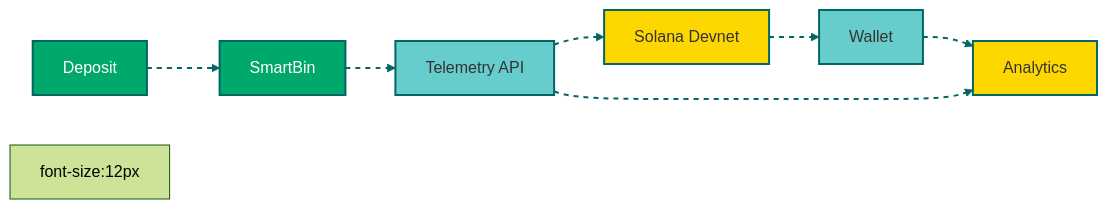
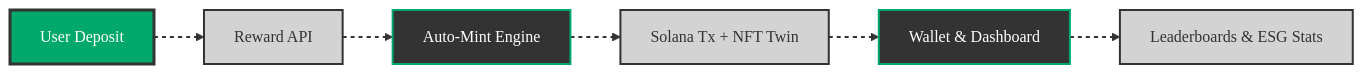
One commit to PolymersNetwork/polymers-protocol changed the fourth of 5 diagrams in apps/README.md. Above: the diagram before and after it, drawn with Mermaid (forest theme). The commit also changed other lines of this file, not shown here.

````diff
--- a/apps/README.md
+++ b/apps/README.md
@@ -201,18 +242,26 @@
 ```mermaid
 graph LR
-  A[Deposit]:::deposit --> B[SmartBin]:::smartbin
-  B --> C[Telemetry API]:::api
-  C --> D[Solana Devnet]:::solana
-  D --> E[Wallet]:::wallet
-  E --> F[App & Dashboard]:::frontend
-  C --> F[Analytics]
+  U[User Deposit]:::green --> R[Reward API]:::gray
+  R --> M[Auto-Mint Engine]:::black
+  M --> T[Solana Tx + NFT Twin]:::gray
+  T --> W[Wallet & Dashboard]:::black
+  W --> L[Leaderboards & ESG Stats]:::gray
+
+  %% Clickable Nodes
+  click U "https://docs.polymers.network/user-deposits" "User Deposit Guide"
+  click R "https://docs.polymers.network/reward-api" "Reward API Docs"
+  click M "https://docs.polymers.network/auto-mint" "Auto-Mint Engine Docs"
+  click T "https://solanapay.com/docs" "Solana Transaction Docs"
+  click W "https://docs.polymers.network/wallet" "Wallet & Dashboard Guide"
+  click L "https://docs.polymers.network/leaderboards" "Leaderboards & ESG Stats Docs"
 
   %% Styling
-  classDef deposit fill:#00A86B,stroke:#006666,stroke-width:2px,color:#FFFFFF,border-radius:10px;font-size:12px;
-  classDef smartbin fill:#00A86B,stroke:#006666,stroke-width:2px,color:#FFFFFF,border-radius:10px;font-size:12px;
-  classDef api fill:#66CCCC,stroke:#006666,stroke-width:2px,color:#333333,border-radius:10px;font-size:12px;
-  classDef solana fill:#FFD700,stroke:#006666,stroke-width:2px,color:#333333,border-radius:10px;font-size:12px;
-  classDef wallet fill:#66CCCC,stroke:#006666,stroke-width:2px,color:#333333,border-radius:10px;font-size:12px;
-  classDef frontend fill:#FFD700,stroke:#006666,stroke-width:2px,color:#333333,border-radius:10px;font-size:12px;
-  linkStyle default stroke:#006666,stroke-width:2px,color:#333333,stroke-dasharray:5,5;
+  classDef green fill:#00A86B,stroke:#333333,stroke-width:2px,color:#fff,font-family:Satoshi;
+  classDef gray fill:#D3D3D3,stroke:#333333,stroke-width:2px,color:#333,font-family:Satoshi;
+  classDef black fill:#333333,stroke:#00A86B,stroke-width:2px,color:#fff,font-family:Satoshi;
+  classDef active fill:#00A86B,stroke:#333333,stroke-width:3px,color:#fff,font-family:Satoshi;
+  linkStyle default stroke:#333,stroke-width:2px,stroke-dasharray:4,4;
+
+  %% Conditional Styling
+  class U active
 ```
````
